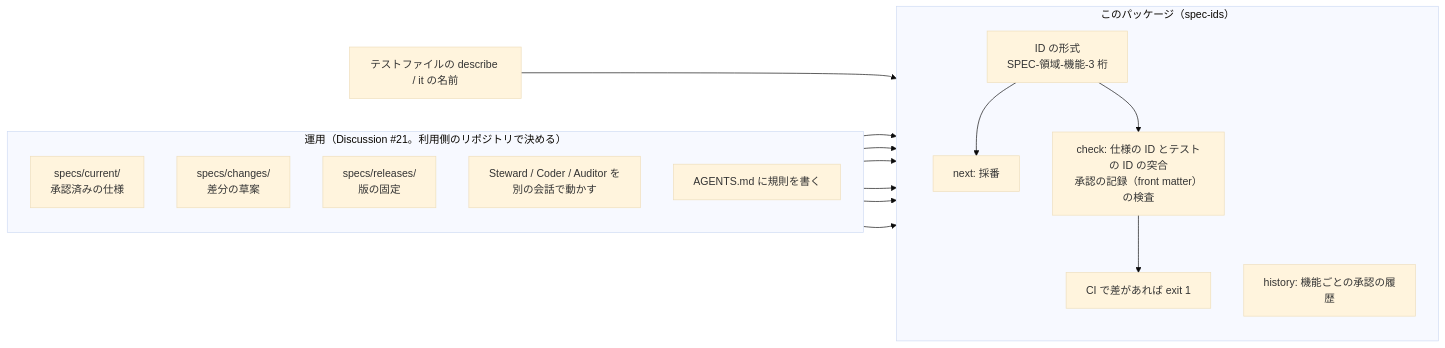
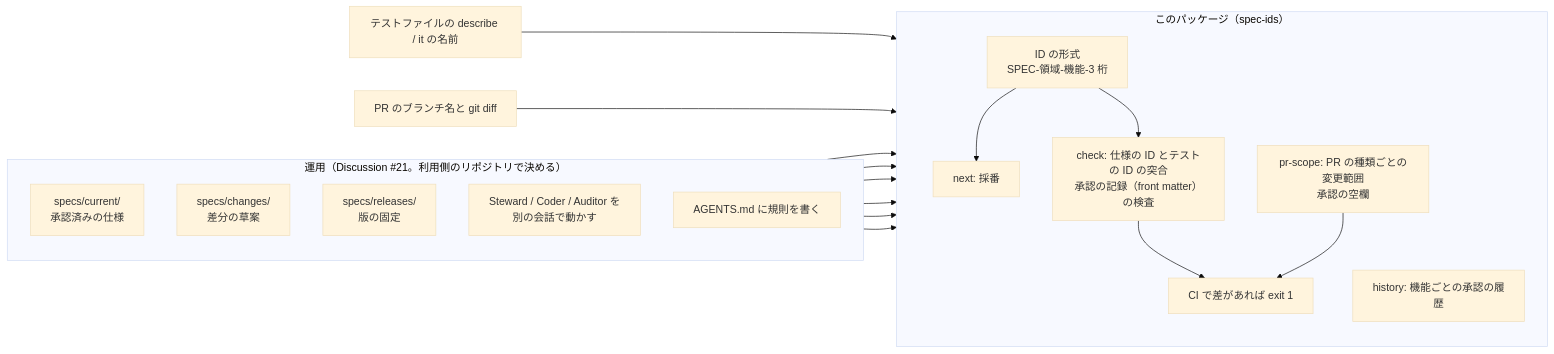
Before and after one commit to shuji-bonji/spec-ids: the diagram in README.md, drawn with Mermaid (base theme). The commit also changed other lines of this file and 2 other files, not shown here.

First line of the commit message:
docs: README・CHANGELOG・operations.md に 0.4.0 の pr-scope と migrate を外したことを書く（#9）

````diff
--- a/README.md
+++ b/README.md
@@ -18,29 +18,32 @@
 ```mermaid
 flowchart LR
   subgraph harness["運用（Discussion #21。利用側のリポジトリで決める）"]
     direction TB
     current["specs/current/<br/>承認済みの仕様"]
     changes["specs/changes/<br/>差分の草案"]
     releases["specs/releases/<br/>版の固定"]
     roles["Steward / Coder / Auditor を別の会話で動かす"]
     agents["AGENTS.md に規則を書く"]
   end
   subgraph tool["このパッケージ（spec-ids）"]
     direction TB
     id["ID の形式<br/>SPEC-領域-機能-3 桁"]
     next["next: 採番"]
     check["check: 仕様の ID とテストの ID の突合<br/>承認の記録（front matter）の検査"]
     history["history: 機能ごとの承認の履歴"]
+    scope["pr-scope: PR の種類ごとの変更範囲<br/>承認の空欄"]
     ci["CI で差があれば exit 1"]
   end
   current --> check
   changes --> check
   releases --> check
   current --> history
   changes --> history
   releases --> history
   tests["テストファイルの describe / it の名前"] --> check
   id --> next
   id --> check
   check --> ci
+  pr["PR のブランチ名と git diff"] --> scope
+  scope --> ci
 ```
````
